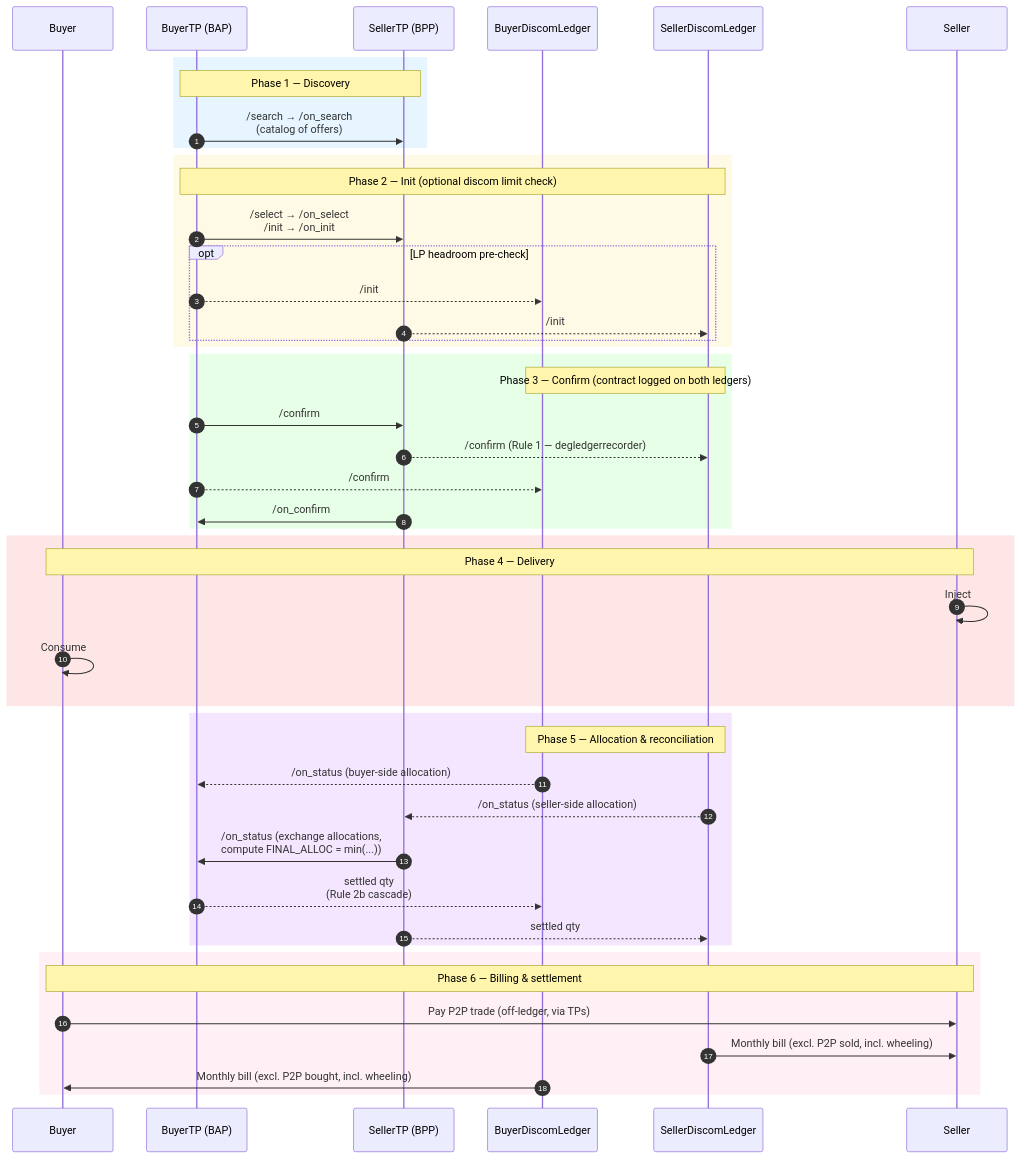
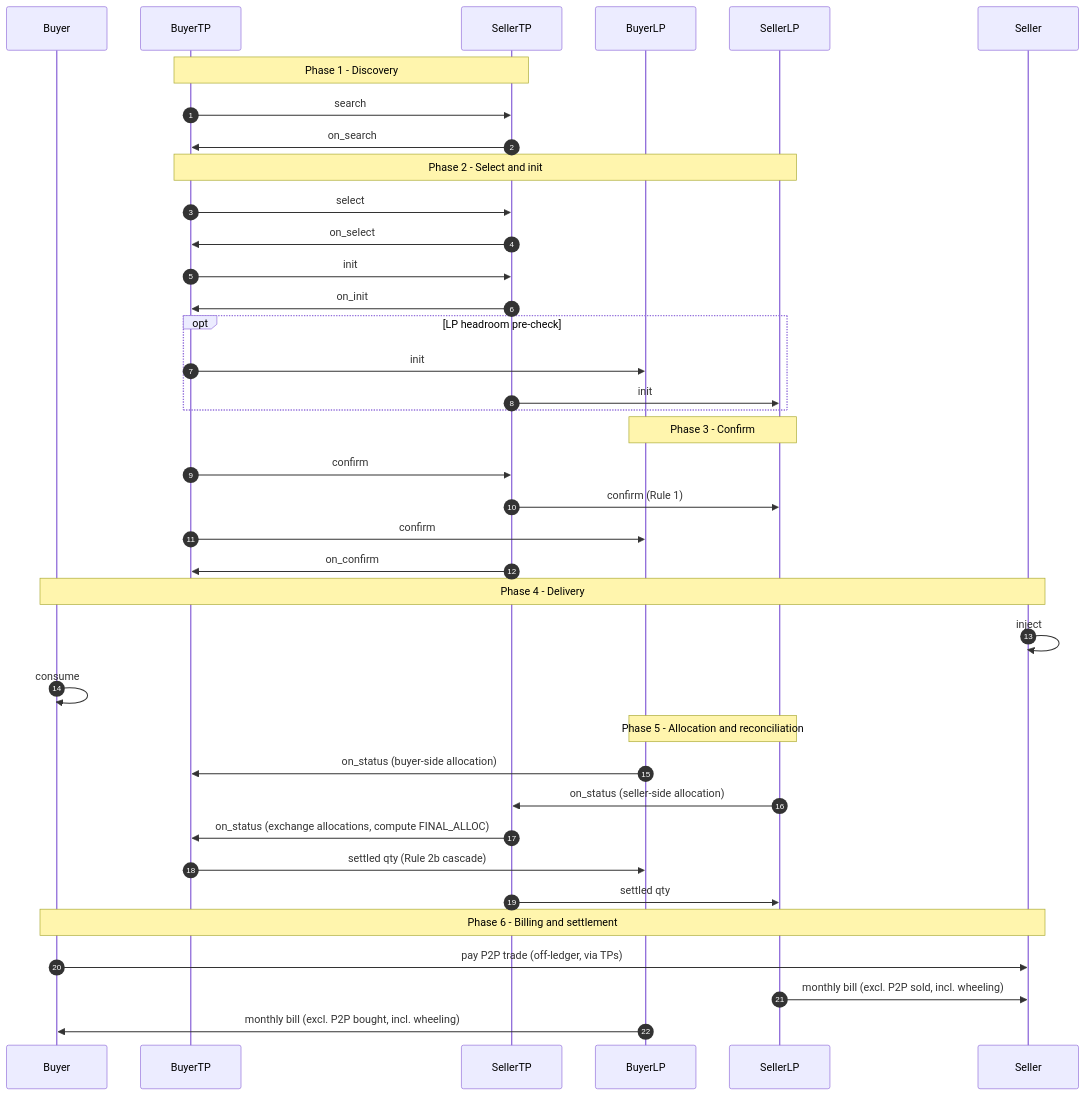
One commit to India-Energy-Stack/ies-accelerator changed the second of 2 diagrams in use-cases/p2p-energy-trading/README.md. Above: the diagram before and after it, drawn with Mermaid. The commit also changed other lines of this file and 4 other files, not shown here.

First line of the commit message:
docs: CEP issuer step + delivery channels; SMDX did:web softening; CMD pull-wire-removal; P2P Mermaid + ledger heading

````diff
--- a/use-cases/p2p-energy-trading/README.md
+++ b/use-cases/p2p-energy-trading/README.md
@@ -84,54 +84,46 @@
 ```mermaid
 sequenceDiagram
   autonumber
   participant B as Buyer
-  participant BTP as BuyerTP (BAP)
-  participant STP as SellerTP (BPP)
-  participant BDL as BuyerDiscomLedger
-  participant SDL as SellerDiscomLedger
+  participant BTP as BuyerTP
+  participant STP as SellerTP
+  participant BDL as BuyerLP
+  participant SDL as SellerLP
   participant S as Seller
 
-  rect rgb(230,245,255)
-  note over BTP,STP: Phase 1 — Discovery
-  BTP->>STP: /search → /on_search<br/>(catalog of offers)
+  Note over BTP,STP: Phase 1 - Discovery
+  BTP->>STP: search
+  STP->>BTP: on_search
+
+  Note over BTP,SDL: Phase 2 - Select and init
+  BTP->>STP: select
+  STP->>BTP: on_select
+  BTP->>STP: init
+  STP->>BTP: on_init
+  opt LP headroom pre-check
+    BTP->>BDL: init
+    STP->>SDL: init
   end
 
-  rect rgb(255,250,230)
-  note over BTP,SDL: Phase 2 — Init (optional discom limit check)
-  BTP->>STP: /select → /on_select<br/>/init → /on_init
-  opt LP headroom pre-check
-    BTP-->>BDL: /init
-    STP-->>SDL: /init
-  end
-  end
+  Note over BDL,SDL: Phase 3 - Confirm
+  BTP->>STP: confirm
+  STP->>SDL: confirm (Rule 1)
+  BTP->>BDL: confirm
+  STP->>BTP: on_confirm
 
-  rect rgb(230,255,230)
-  note over BDL,SDL: Phase 3 — Confirm (contract logged on both ledgers)
-  BTP->>STP: /confirm
-  STP-->>SDL: /confirm (Rule 1 — degledgerrecorder)
-  BTP-->>BDL: /confirm
-  STP->>BTP: /on_confirm
-  end
+  Note over B,S: Phase 4 - Delivery
+  S->>S: inject
+  B->>B: consume
 
-  rect rgb(255,230,230)
-  note over B,S: Phase 4 — Delivery
-  S->>S: Inject
-  B->>B: Consume
-  end
+  Note over BDL,SDL: Phase 5 - Allocation and reconciliation
+  BDL->>BTP: on_status (buyer-side allocation)
+  SDL->>STP: on_status (seller-side allocation)
+  STP->>BTP: on_status (exchange allocations, compute FINAL_ALLOC)
+  BTP->>BDL: settled qty (Rule 2b cascade)
+  STP->>SDL: settled qty
 
-  rect rgb(245,230,255)
-  note over BDL,SDL: Phase 5 — Allocation & reconciliation
-  BDL-->>BTP: /on_status (buyer-side allocation)
-  SDL-->>STP: /on_status (seller-side allocation)
-  STP->>BTP: /on_status (exchange allocations,<br/>compute FINAL_ALLOC = min(...))
-  BTP-->>BDL: settled qty<br/>(Rule 2b cascade)
-  STP-->>SDL: settled qty
-  end
-
-  rect rgb(255,240,245)
-  note over B,S: Phase 6 — Billing & settlement
-  B->>S: Pay P2P trade (off-ledger, via TPs)
-  SDL->>S: Monthly bill (excl. P2P sold, incl. wheeling)
-  BDL->>B: Monthly bill (excl. P2P bought, incl. wheeling)
-  end
+  Note over B,S: Phase 6 - Billing and settlement
+  B->>S: pay P2P trade (off-ledger, via TPs)
+  SDL->>S: monthly bill (excl. P2P sold, incl. wheeling)
+  BDL->>B: monthly bill (excl. P2P bought, incl. wheeling)
 ```
````
